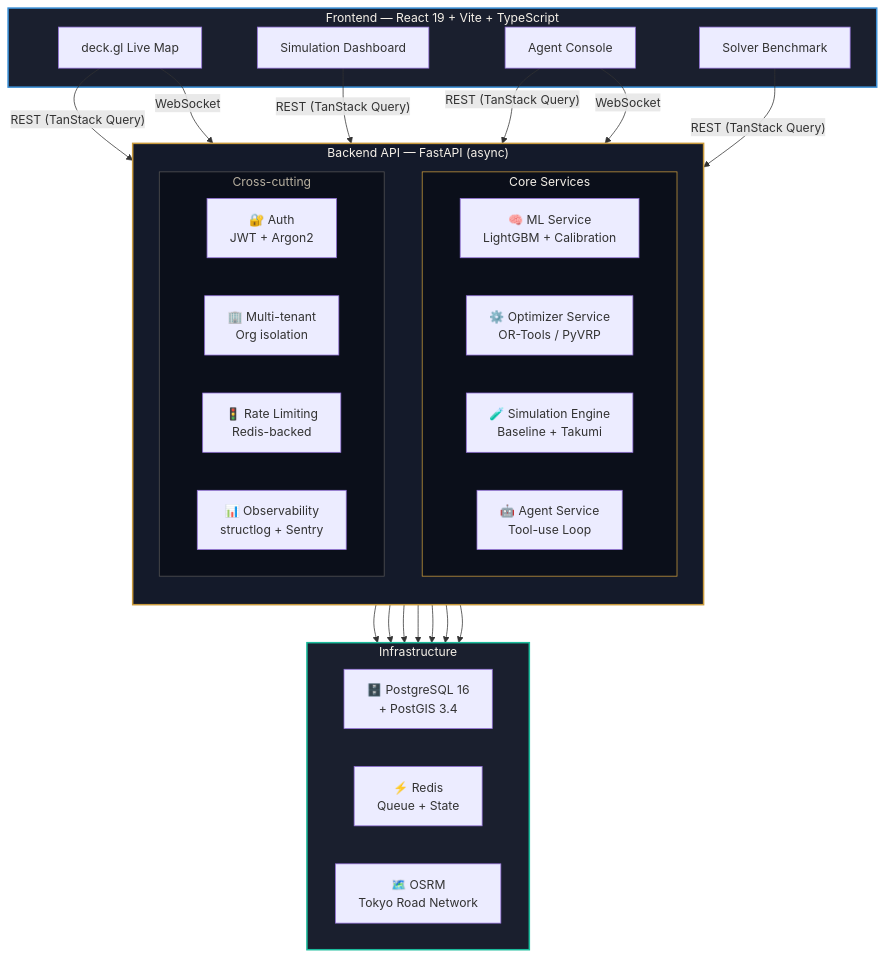
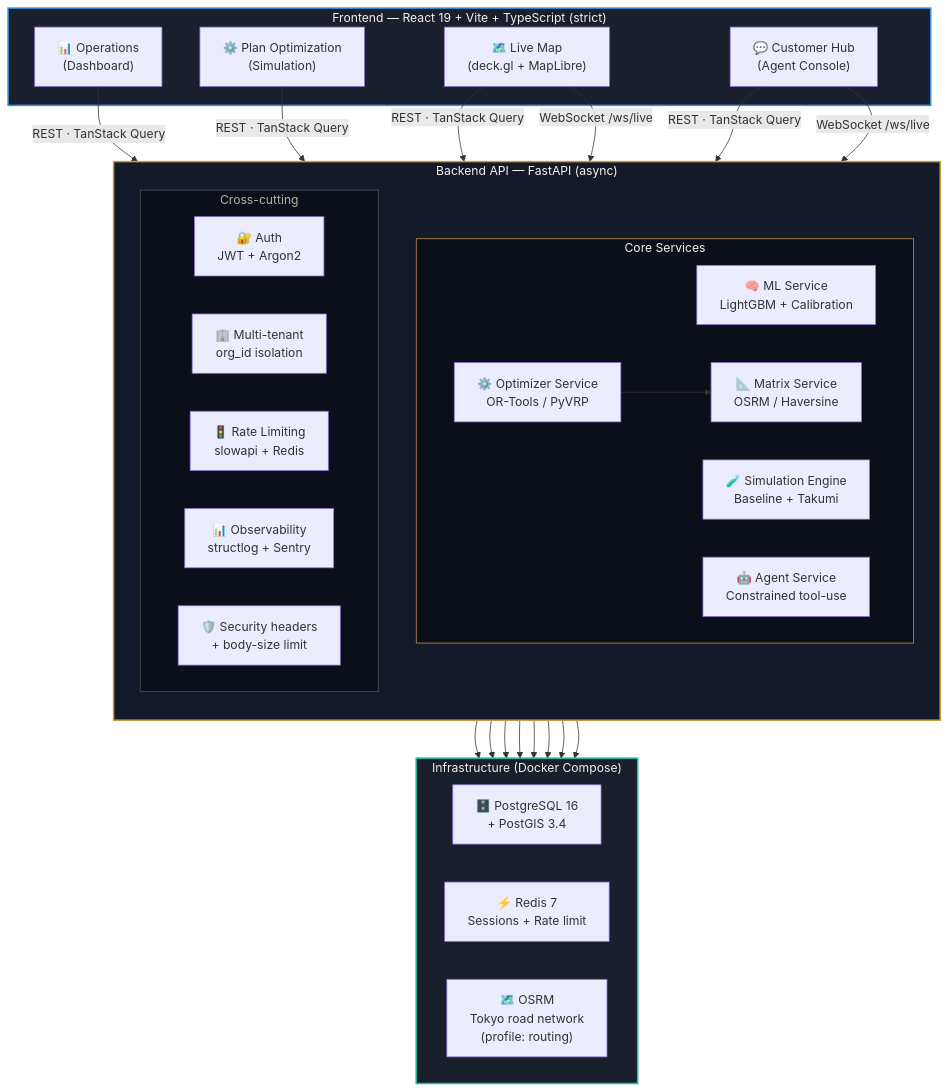
Before and after one commit to lobezno16/Takumi: the fifth of 14 diagrams in README.md, drawn with Mermaid. The commit also changed other lines of this file, not shown here.

````diff
--- a/README.md
+++ b/README.md
@@ -237,52 +315,56 @@
 ```mermaid
 graph TB
-    subgraph frontend["Frontend — React 19 + Vite + TypeScript"]
-        FE1["deck.gl Live Map"]
-        FE2["Simulation Dashboard"]
-        FE3["Agent Console"]
-        FE4["Solver Benchmark"]
+    subgraph frontend["Frontend — React 19 + Vite + TypeScript (strict)"]
+        FE1["📊 Operations<br/>(Dashboard)"]
+        FE2["⚙️ Plan Optimization<br/>(Simulation)"]
+        FE3["🗺️ Live Map<br/>(deck.gl + MapLibre)"]
+        FE4["💬 Customer Hub<br/>(Agent Console)"]
     end
 
     subgraph api["Backend API — FastAPI (async)"]
         direction TB
         subgraph services["Core Services"]
             direction LR
             SVC_ML["🧠 ML Service<br/>LightGBM + Calibration"]
             SVC_OPT["⚙️ Optimizer Service<br/>OR-Tools / PyVRP"]
             SVC_SIM["🧪 Simulation Engine<br/>Baseline + Takumi"]
-            SVC_AGT["🤖 Agent Service<br/>Tool-use Loop"]
+            SVC_AGT["🤖 Agent Service<br/>Constrained tool-use"]
+            SVC_MTX["📐 Matrix Service<br/>OSRM / Haversine"]
         end
 
         subgraph middleware["Cross-cutting"]
             direction LR
             AUTH["🔐 Auth<br/>JWT + Argon2"]
-            TENANT["🏢 Multi-tenant<br/>Org isolation"]
-            RATE["🚦 Rate Limiting<br/>Redis-backed"]
+            TENANT["🏢 Multi-tenant<br/>org_id isolation"]
+            RATE["🚦 Rate Limiting<br/>slowapi + Redis"]
             OBS["📊 Observability<br/>structlog + Sentry"]
+            HDR["🛡️ Security headers<br/>+ body-size limit"]
         end
     end
 
-    subgraph infra["Infrastructure"]
+    subgraph infra["Infrastructure (Docker Compose)"]
         direction LR
         PG["🗄️ PostgreSQL 16<br/>+ PostGIS 3.4"]
-        REDIS["⚡ Redis<br/>Queue + State"]
-        OSRM["🗺️ OSRM<br/>Tokyo Road Network"]
+        REDIS["⚡ Redis 7<br/>Sessions + Rate limit"]
+        OSRM["🗺️ OSRM<br/>Tokyo road network<br/>(profile: routing)"]
     end
 
-    FE1 & FE2 & FE3 & FE4 -->|"REST (TanStack Query)"| api
-    FE1 & FE3 -->|"WebSocket"| api
+    FE1 & FE2 & FE3 & FE4 -->|"REST · TanStack Query"| api
+    FE3 & FE4 -->|"WebSocket /ws/live"| api
 
     SVC_ML --> PG
-    SVC_OPT --> OSRM
+    SVC_OPT --> SVC_MTX
+    SVC_MTX --> OSRM
     SVC_OPT --> PG
     SVC_SIM --> PG
-    SVC_AGT --> REDIS
+    SVC_AGT --> PG
     AUTH --> PG
     RATE --> REDIS
+    SVC_AGT --> REDIS
 
     style frontend fill:#1a1f2e,stroke:#3a8fd6,color:#f5f0e8,stroke-width:2px
     style api fill:#141a2a,stroke:#c99a3c,color:#f5f0e8,stroke-width:2px
     style services fill:#0b0f1a,stroke:#c99a3c,color:#f5f0e8
     style middleware fill:#0b0f1a,stroke:#555,color:#b8b0a0
     style infra fill:#1a1f2e,stroke:#1abc9c,color:#f5f0e8,stroke-width:2px
 ```
````
